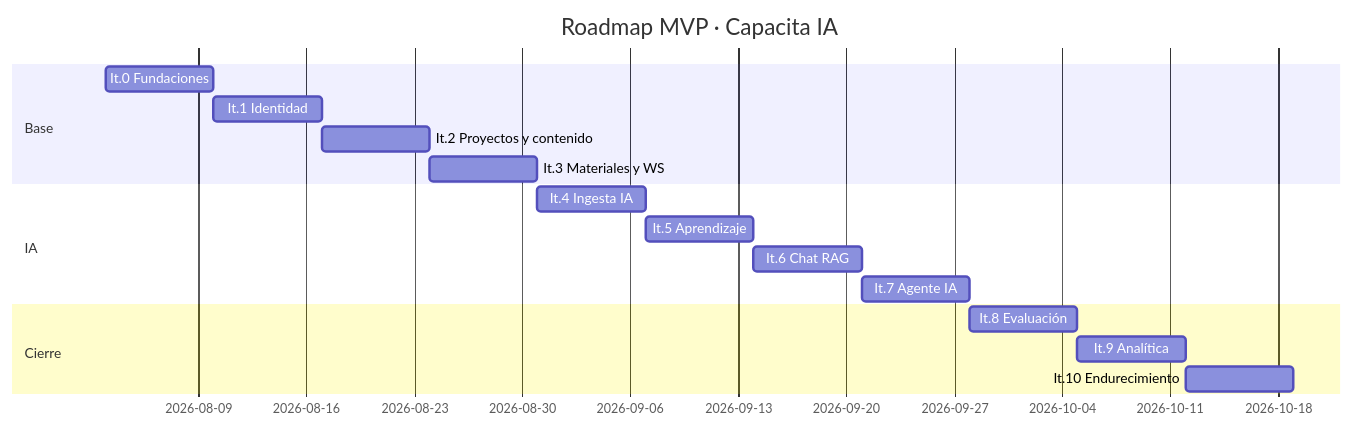
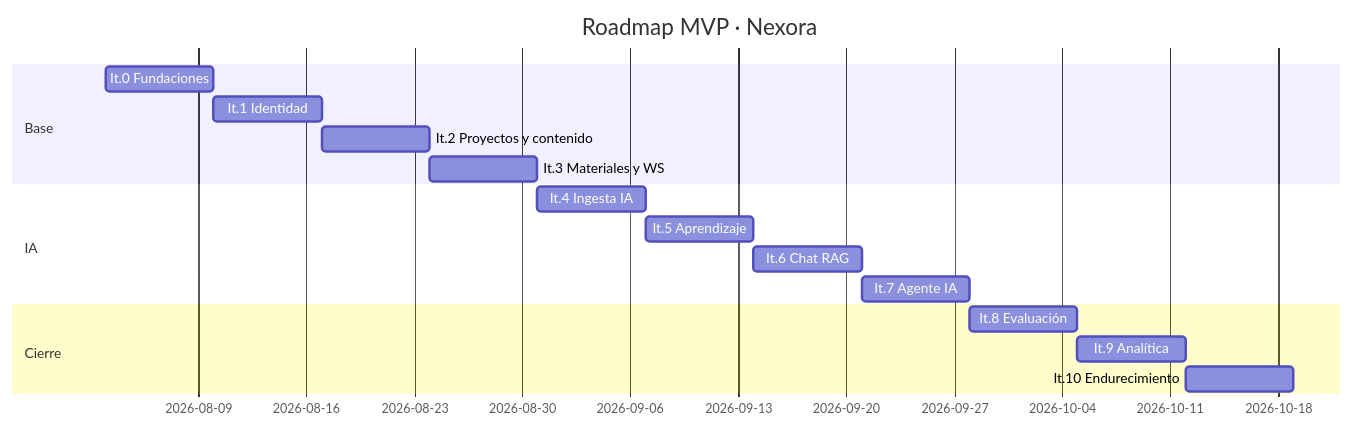
Before and after one commit to YoAndres2001/Capacitacion_IA: the diagram in docs/14-roadmap-mvp.md, drawn with Mermaid. The commit also changed other lines of this file and 118 other files, not shown here.

````diff
--- a/docs/14-roadmap-mvp.md
+++ b/docs/14-roadmap-mvp.md
@@ -139,19 +139,19 @@
 ```mermaid
 gantt
     dateFormat  YYYY-MM-DD
-    title Roadmap MVP · Capacita IA
+    title Roadmap MVP · Nexora
     section Base
     It.0 Fundaciones            :i0, 2026-08-03, 7d
     It.1 Identidad              :i1, after i0, 7d
     It.2 Proyectos y contenido  :i2, after i1, 7d
     It.3 Materiales y WS        :i3, after i2, 7d
     section IA
     It.4 Ingesta IA             :i4, after i3, 7d
     It.5 Aprendizaje            :i5, after i4, 7d
     It.6 Chat RAG               :i6, after i5, 7d
     It.7 Agente IA              :i7, after i6, 7d
     section Cierre
     It.8 Evaluación             :i8, after i7, 7d
     It.9 Analítica              :i9, after i8, 7d
     It.10 Endurecimiento        :i10, after i9, 7d
 ```
````
